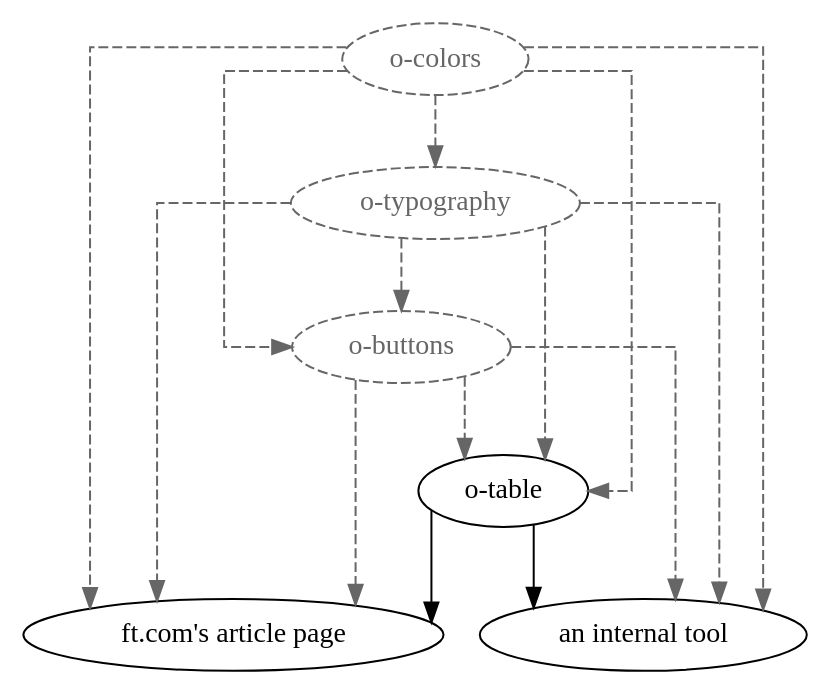
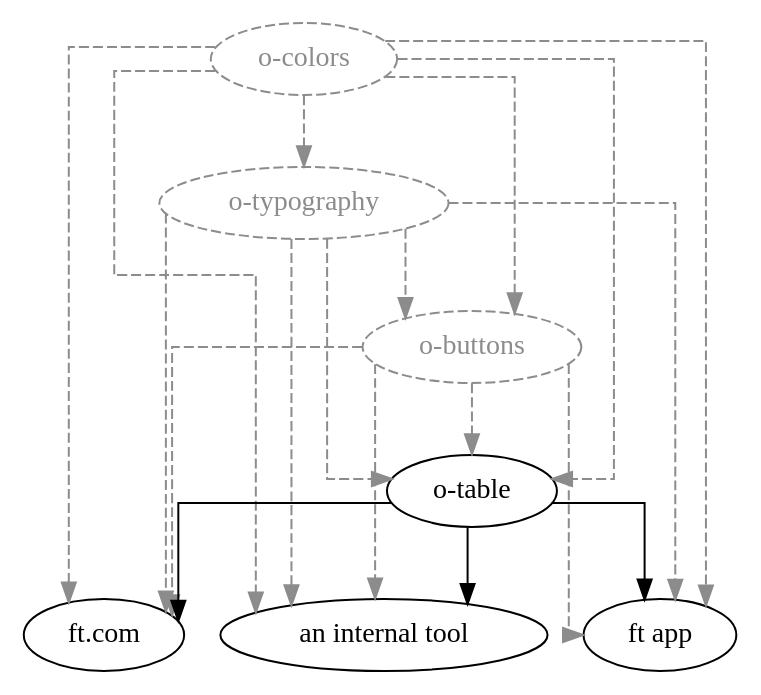
The diagram in assets/images/2019-10-31-major-cascade/table-graph.dot (Financial-Times/origami-website), drawn with Graphviz before and after one commit. The commit also changed 7 other files, not shown here.

```diff
--- a/assets/images/2019-10-31-major-cascade/table-graph.dot
+++ b/assets/images/2019-10-31-major-cascade/table-graph.dot
@@ -1,29 +1,33 @@
 digraph {
     splines=ortho
     concentrate=true
 
-    "o-colors" [style="dashed", fontcolor="#666666" color="#666666"]
-    "o-typography" [style="dashed", fontcolor="#666666" color="#666666"]
-    "o-buttons" [style="dashed", fontcolor="#666666" color="#666666"]
+    "o-colors" [style="dashed", fontcolor="#8c8c8c" color="#8c8c8c"]
+    "o-typography" [style="dashed", fontcolor="#8c8c8c" color="#8c8c8c"]
+    "o-buttons" [style="dashed", fontcolor="#8c8c8c" color="#8c8c8c"]
 
+    "o-colors" -> "o-typography" [style="dashed", color="#8c8c8c"]
 
+    "o-colors" -> "o-buttons" [style="dashed", color="#8c8c8c"]
+    "o-typography" -> "o-buttons" [style="dashed", color="#8c8c8c"]
 
-    "o-colors" -> "o-typography" [style="dashed", color="#666666"]
-    "o-colors" -> "o-buttons" [style="dashed", color="#666666"]
-    "o-typography" -> "o-buttons" [style="dashed", color="#666666"]
-    "o-colors" -> "o-table" [style="dashed", color="#666666"]
-    "o-typography" -> "o-table" [style="dashed", color="#666666"]
-    "o-buttons" -> "o-table" [style="dashed", color="#666666"]
-    "o-colors" -> "ft.com's article page" [style="dashed", color="#666666"]
-    "o-typography" -> "ft.com's article page" [style="dashed", color="#666666"]
-    "o-buttons" -> "ft.com's article page" [style="dashed", color="#666666"]
-    "o-buttons" -> "ft.com's article page" [style="dashed", color="#666666"]
-    "o-table" -> "ft.com's article page"
+    "o-colors" -> "o-table" [style="dashed", color="#8c8c8c"]
+    "o-typography" -> "o-table" [style="dashed", color="#8c8c8c"]
+    "o-buttons" -> "o-table" [style="dashed", color="#8c8c8c"]
 
-    "o-colors" -> "an internal tool" [style="dashed", color="#666666"]
-    "o-typography" -> "an internal tool" [style="dashed", color="#666666"]
-    "o-buttons" -> "an internal tool" [style="dashed", color="#666666"]
-    "o-buttons" -> "an internal tool" [style="dashed", color="#666666"]
+    "o-colors" -> "ft.com" [style="dashed", color="#8c8c8c"]
+    "o-typography" -> "ft.com" [style="dashed", color="#8c8c8c"]
+    "o-buttons" -> "ft.com" [style="dashed", color="#8c8c8c"]
+    "o-table" -> "ft.com"
+
+    "o-colors" -> "ft app" [style="dashed", color="#8c8c8c"]
+    "o-typography" -> "ft app" [style="dashed", color="#8c8c8c"]
+    "o-buttons" -> "ft app" [style="dashed", color="#8c8c8c"]
+    "o-table" -> "ft app"
+
+    "o-colors" -> "an internal tool" [style="dashed", color="#8c8c8c"]
+    "o-typography" -> "an internal tool" [style="dashed", color="#8c8c8c"]
+    "o-buttons" -> "an internal tool" [style="dashed", color="#8c8c8c"]
     "o-table" -> "an internal tool"
 
 }
```
